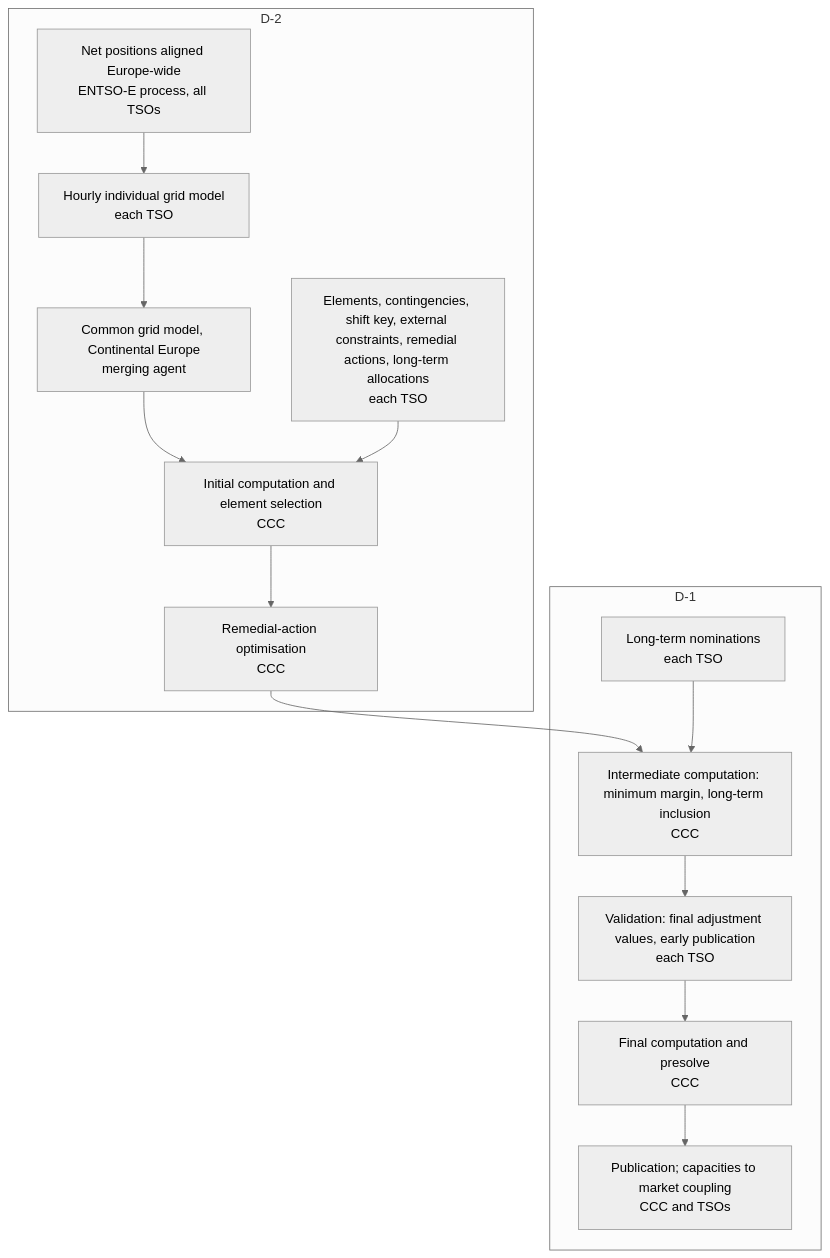
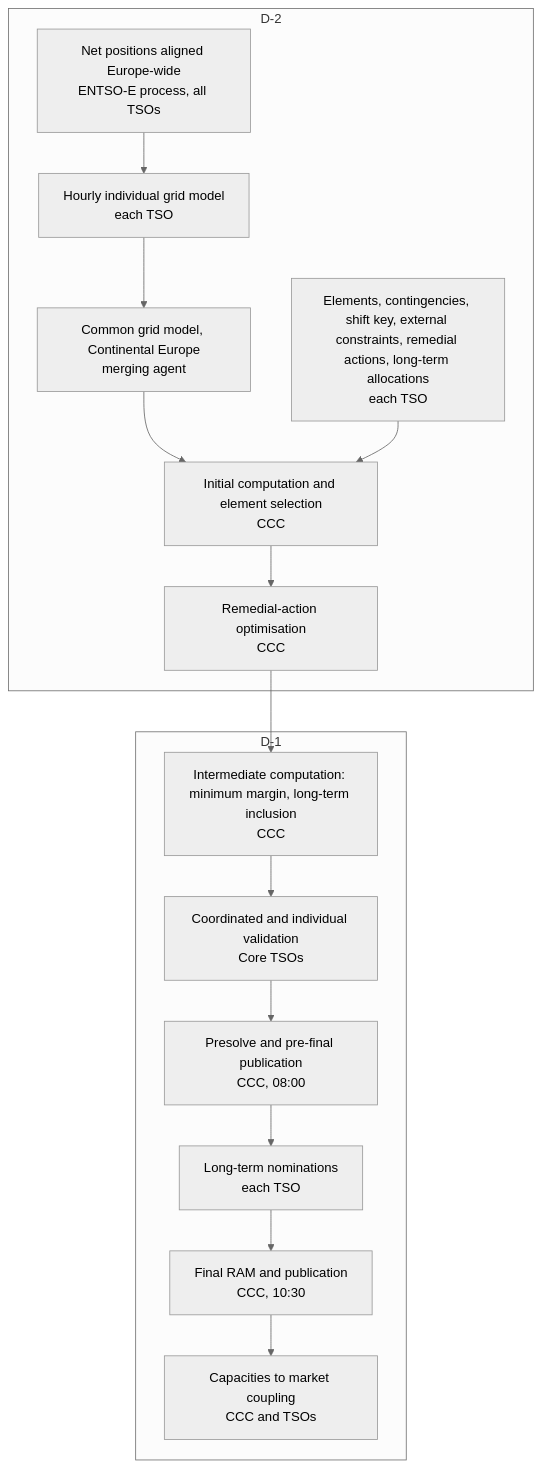
The diagram in wiki/literature/core-da-ccm-explanatory-note.md (zoltanmaric/coppersushi), drawn with Mermaid (neutral theme) before and after one commit. The commit also changed other lines of this file and 9 other files, not shown here.

````diff
--- a/wiki/literature/core-da-ccm-explanatory-note.md
+++ b/wiki/literature/core-da-ccm-explanatory-note.md
@@ -11,23 +11,23 @@
 ```mermaid
 flowchart TB
     subgraph d2 ["D-2"]
         NP["Net positions aligned Europe-wide<br>ENTSO-E process, all TSOs"]
         IGM["Hourly individual grid model<br>each TSO"]
         CGM["Common grid model, Continental Europe<br>merging agent"]
         IN["Elements, contingencies, shift key, external constraints, remedial actions, long-term allocations<br>each TSO"]
         FB0["Initial computation and element selection<br>CCC"]
         RAO["Remedial-action optimisation<br>CCC"]
     end
     subgraph d1 ["D-1"]
+        FB1["Intermediate computation: minimum margin, long-term inclusion<br>CCC"]
+        VAL["Coordinated and individual validation<br>Core TSOs"]
+        PRE["Presolve and pre-final publication<br>CCC, 08:00"]
         LTN["Long-term nominations<br>each TSO"]
-        FB1["Intermediate computation: minimum margin, long-term inclusion<br>CCC"]
-        VAL["Validation: final adjustment values, early publication<br>each TSO"]
-        FB2["Final computation and presolve<br>CCC"]
-        PUB["Publication; capacities to market coupling<br>CCC and TSOs"]
+        FB2["Final RAM and publication<br>CCC, 10:30"]
+        PUB["Capacities to market coupling<br>CCC and TSOs"]
     end
     NP --> IGM --> CGM --> FB0
     IN --> FB0
     FB0 --> RAO --> FB1
-    LTN --> FB1
-    FB1 --> VAL --> FB2 --> PUB
+    FB1 --> VAL --> PRE --> LTN --> FB2 --> PUB
 ```
````
